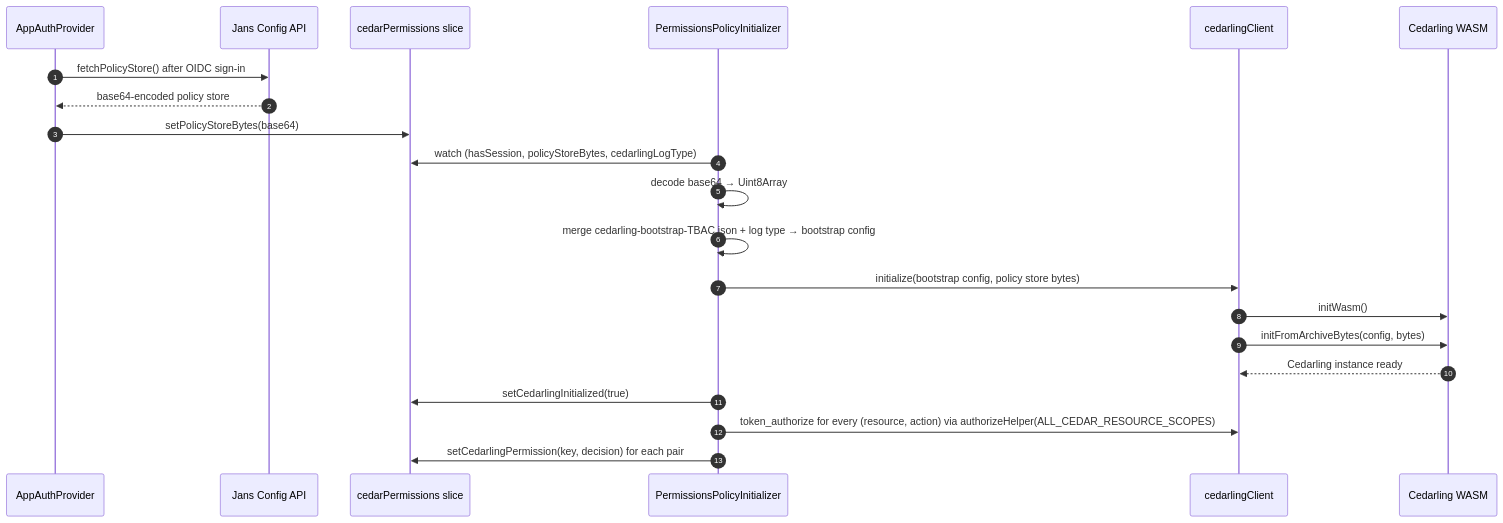
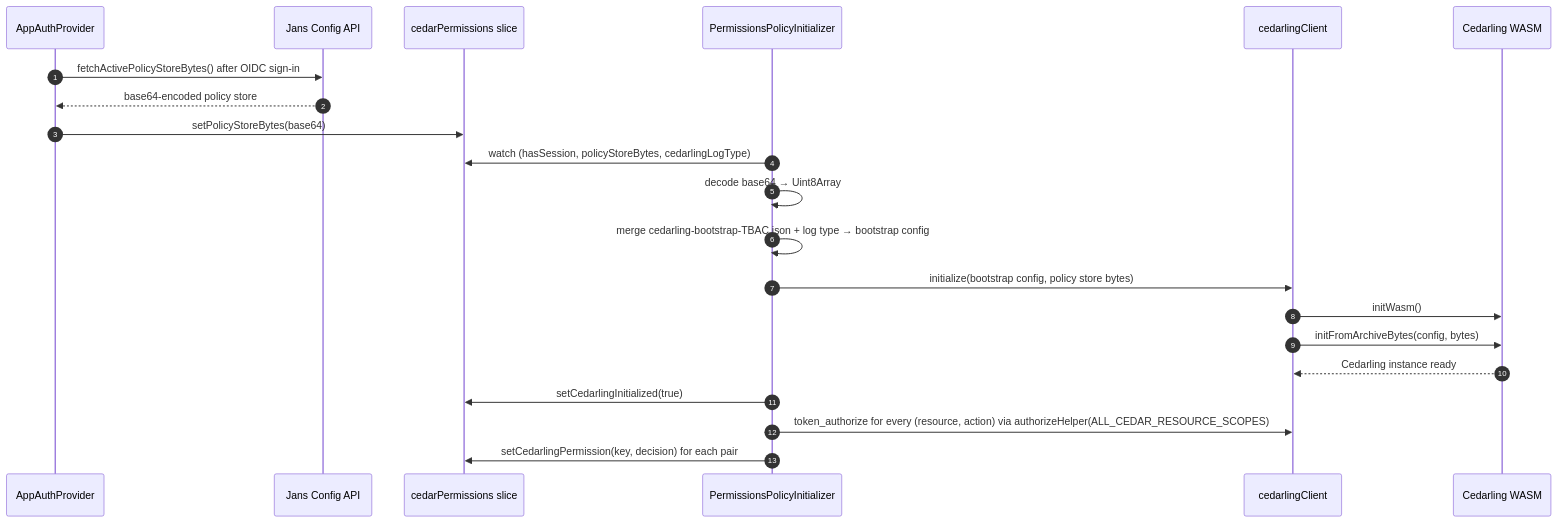
Before and after one commit to GluuFederation/flex: the first of 2 diagrams in admin-ui/docs/cedarling.md, drawn with Mermaid. The commit also changed other lines of this file and 1 other file, not shown here.

Commit message:
fix(admin-ui): retry failed permission checks after sign-in

````diff
--- a/admin-ui/docs/cedarling.md
+++ b/admin-ui/docs/cedarling.md
@@ -21,24 +21,24 @@
 ```mermaid
 sequenceDiagram
     autonumber
     participant Auth as AppAuthProvider
     participant API as Jans Config API
     participant Redux as cedarPermissions slice
     participant Init as PermissionsPolicyInitializer
     participant Client as cedarlingClient
     participant Wasm as Cedarling WASM
 
-    Auth->>API: fetchPolicyStore() after OIDC sign-in
+    Auth->>API: fetchActivePolicyStoreBytes() after OIDC sign-in
     API-->>Auth: base64-encoded policy store
     Auth->>Redux: setPolicyStoreBytes(base64)
     Init->>Redux: watch (hasSession, policyStoreBytes, cedarlingLogType)
     Init->>Init: decode base64 → Uint8Array
     Init->>Init: merge cedarling-bootstrap-TBAC.json + log type → bootstrap config
     Init->>Client: initialize(bootstrap config, policy store bytes)
     Client->>Wasm: initWasm()
     Client->>Wasm: initFromArchiveBytes(config, bytes)
     Wasm-->>Client: Cedarling instance ready
     Init->>Redux: setCedarlingInitialized(true)
     Init->>Client: token_authorize for every (resource, action) via authorizeHelper(ALL_CEDAR_RESOURCE_SCOPES)
     Init->>Redux: setCedarlingPermission(key, decision) for each pair
 ```
````
